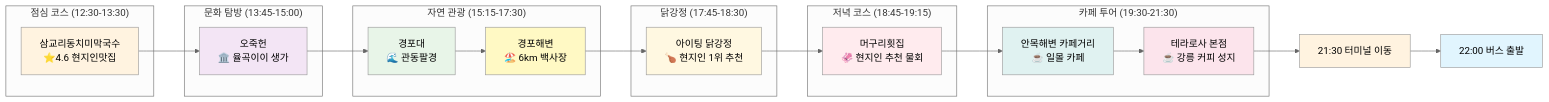
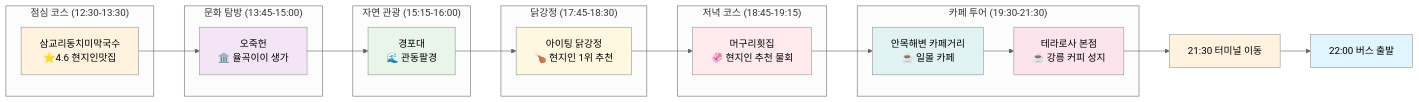
One commit to didghwns0514/matjib_search changed the second of 6 diagrams in travel-course-mermaid.md. Above: the diagram before and after it, drawn with Mermaid (neutral theme). The commit also changed other lines of this file and 1 other file, not shown here.

````diff
--- a/travel-course-mermaid.md
+++ b/travel-course-mermaid.md
@@ -32,45 +30,44 @@
 ```mermaid
 graph LR
     subgraph "점심 코스 (12:30-13:30)"
         L1[삼교리동치미막국수<br/>⭐4.6 현지인맛집]
     end
     
     subgraph "문화 탐방 (13:45-15:00)"
         C1[오죽헌<br/>🏛️ 율곡이이 생가]
     end
     
-    subgraph "자연 관광 (15:15-17:30)"
-        N1[경포대<br/>🌊 관동팔경] --> N2[경포해변<br/>🏖️ 6km 백사장]
+    subgraph "자연 관광 (15:15-16:00)"
+        N1[경포대<br/>🌊 관동팔경]
     end
     
     subgraph "닭강정 (17:45-18:30)"
         D1[아이팅 닭강정<br/>🍗 현지인 1위 추천]
     end
     
     subgraph "저녁 코스 (18:45-19:15)"
         D2[머구리횟집<br/>🦑 현지인 추천 물회]
     end
     
     subgraph "카페 투어 (19:30-21:30)"
         CF1[안목해변 카페거리<br/>☕ 일몰 카페] --> CF2[테라로사 본점<br/>☕ 강릉 커피 성지]
     end
 
     L1 --> C1
     C1 --> N1
-    N2 --> D1
+    N1 --> D1
     D1 --> D2
     D2 --> CF1
     CF2 --> TERM[21:30 터미널 이동]
     TERM --> END[22:00 버스 출발]
     
     style L1 fill:#fff3e0
     style C1 fill:#f3e5f5
     style N1 fill:#e8f5e8
-    style N2 fill:#fff9c4
     style D1 fill:#fff8e1
     style D2 fill:#ffebee
     style CF1 fill:#e0f2f1
     style CF2 fill:#fce4ec
     style TERM fill:#fff3e0
     style END fill:#e1f5fe
 ```
````
